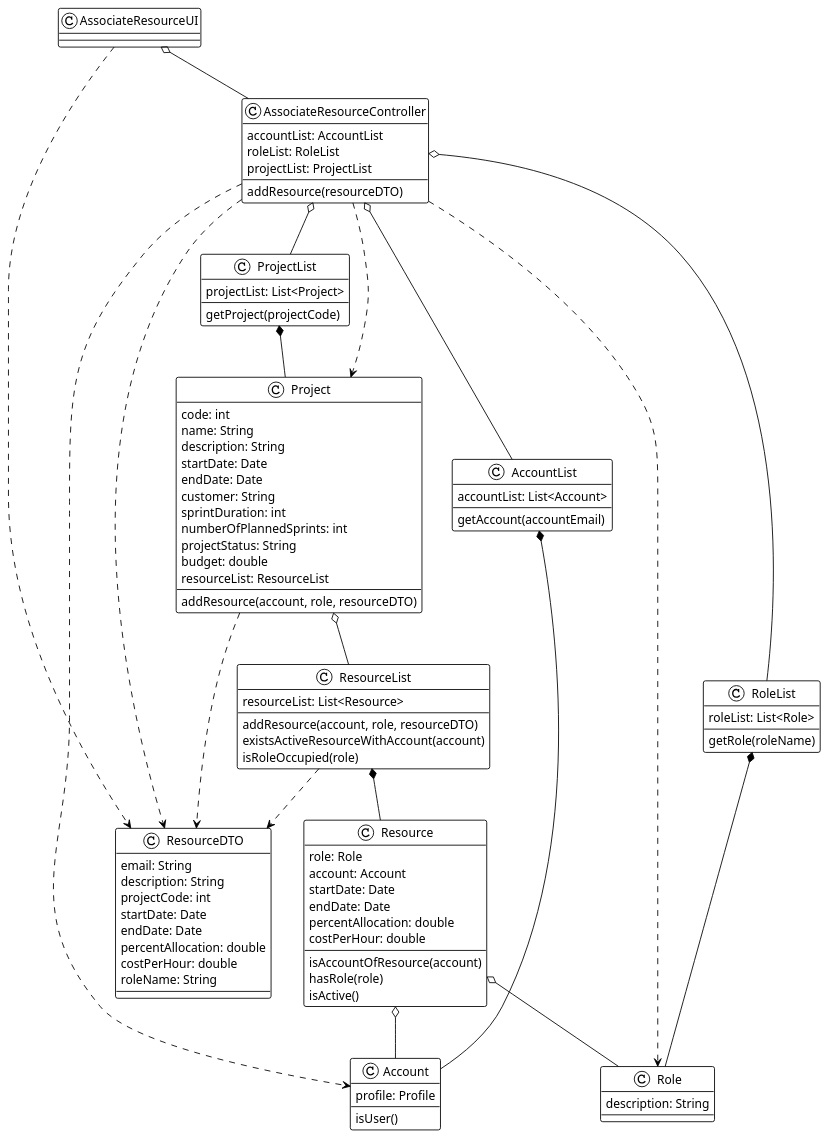
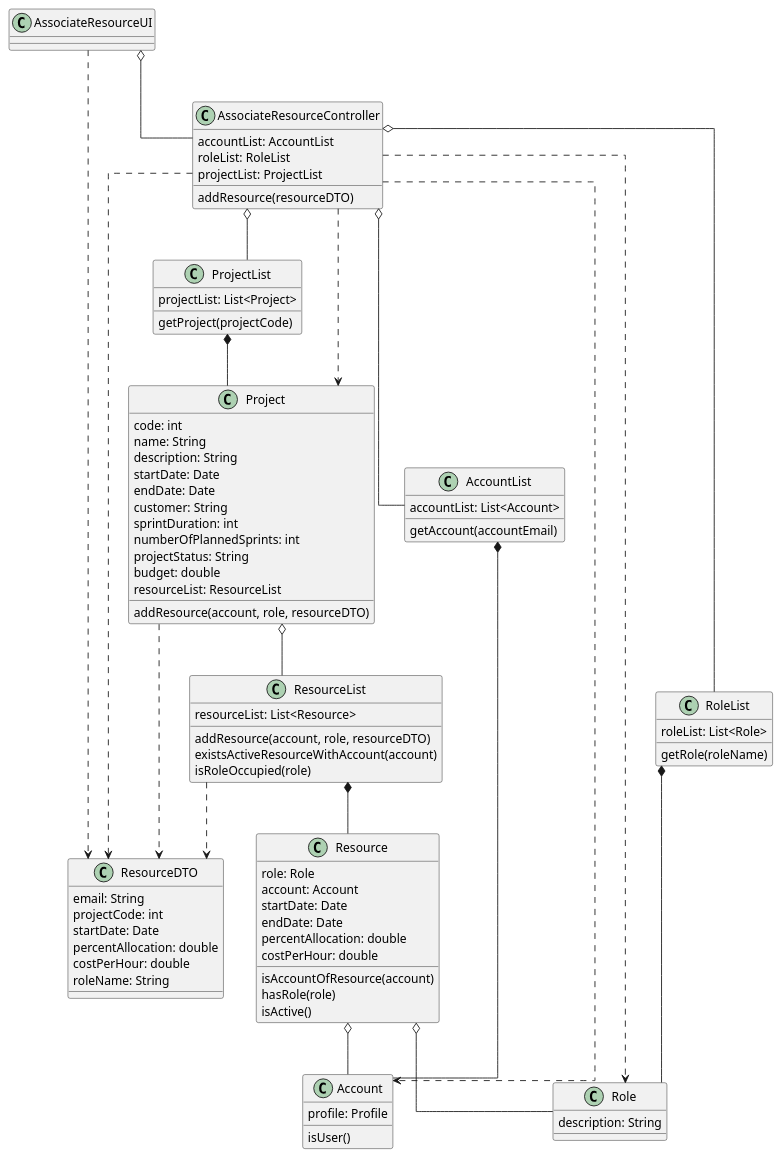
The diagram in docs/modelling_design/user_stories/us012/US012_DefinePOofProjectCD.puml (ivo-menezes/project_g3), drawn with PlantUML before and after one commit.

Commit message:
US012: Design: update class diagram

```diff
--- a/docs/modelling_design/user_stories/us012/US012_DefinePOofProjectCD.puml
+++ b/docs/modelling_design/user_stories/us012/US012_DefinePOofProjectCD.puml
@@ -1,101 +1,100 @@
 @startuml
-!theme plain
+
+skinparam linetype ortho
 
 class AssociateResourceUI {
 }
 
 class ResourceDTO {
 email: String
-description: String
 projectCode: int
 startDate: Date
-endDate: Date
 percentAllocation: double
 costPerHour: double
 roleName: String
 }
 
 class AssociateResourceController {
 accountList: AccountList
 roleList: RoleList
 projectList: ProjectList
 addResource(resourceDTO)
 }
 
 class AccountList {
 accountList: List<Account>
 getAccount(accountEmail)
 }
 
 class Account {
 profile: Profile
 isUser()
 }
 
 class RoleList {
 roleList: List<Role>
 getRole(roleName)
 }
 
 class Role {
 description: String
 }
 
 class ProjectList {
 projectList: List<Project>
 getProject(projectCode)
 }
 
 class Project {
 code: int
 name: String
 description: String
 startDate: Date
 endDate: Date
 customer: String
 sprintDuration: int
 numberOfPlannedSprints: int
 projectStatus: String
 budget: double
 resourceList: ResourceList
 addResource(account, role, resourceDTO)
 }
 
 class ResourceList {
 resourceList: List<Resource>
 addResource(account, role, resourceDTO)
 existsActiveResourceWithAccount(account)
 isRoleOccupied(role)
 }
 
 class Resource {
 role: Role
 account: Account
 startDate: Date
 endDate: Date
 percentAllocation: double
 costPerHour: double
 isAccountOfResource(account)
 hasRole(role)
 isActive()
 }
 
 AssociateResourceUI o-- AssociateResourceController
 AssociateResourceController o-- ProjectList
 ProjectList *-- Project
 Project o-- ResourceList
 ResourceList *-- Resource
 AccountList *-- Account
 RoleList *-- Role
 AssociateResourceController o-- AccountList
 AssociateResourceController ..> Account
 AssociateResourceController o-- RoleList
 Resource o-- Account
 Resource o-- Role
 AssociateResourceUI ..> ResourceDTO
 AssociateResourceController ..> ResourceDTO
 Project ..> ResourceDTO
 ResourceList ..> ResourceDTO
 AssociateResourceController ..> Project
 AssociateResourceController ..> Role
 @enduml
```
